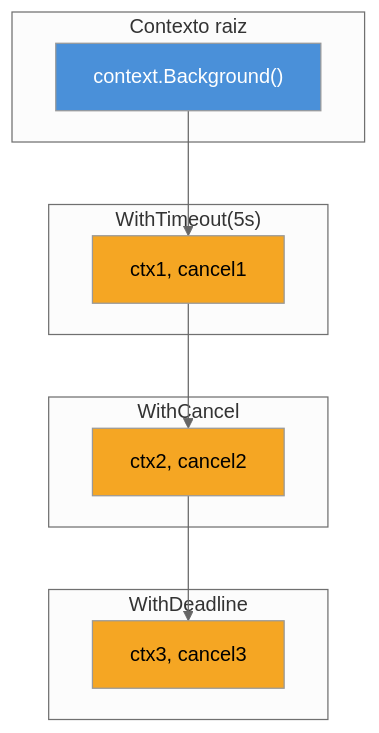
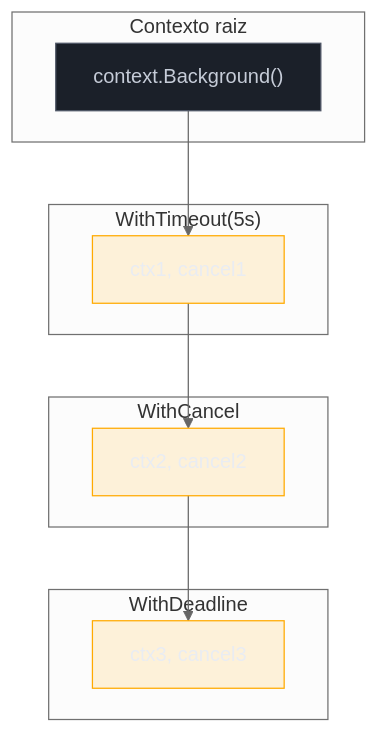
The first of 2 diagrams in 03-Dominios/Tecnologia/Go/09 - Sincronização e context/06 - context.Context — deadline, cancel, values.md (josenaldo/codex-technomanticus), drawn with Mermaid (neutral theme) before and after one commit. The commit also changed 1181 other files, not shown here.

First line of the commit message:
fix(diagramas): paleta do sistema no lugar de cor cravada no markdown

````diff
--- a/03-Dominios/Tecnologia/Go/09 - Sincronização e context/06 - context.Context — deadline, cancel, values.md
+++ b/03-Dominios/Tecnologia/Go/09 - Sincronização e context/06 - context.Context — deadline, cancel, values.md
@@ -36,24 +36,26 @@
 ```mermaid
 flowchart TB
+    classDef neutro fill:#1B2029,stroke:#4E5666,color:#C6CCD8
+    classDef destaque fill:#FFAA0024,stroke:#FFAA00,color:#E9ECF2
     subgraph Raiz["Contexto raiz"]
         R["context.Background()"]
     end
     subgraph Filho1["WithTimeout(5s)"]
         C1["ctx1, cancel1"]
     end
     subgraph Filho2["WithCancel"]
         C2["ctx2, cancel2"]
     end
     subgraph Neto["WithDeadline"]
         N1["ctx3, cancel3"]
     end
 
     R --> C1
     C1 --> C2
     C2 --> N1
 
-    style R fill:#4A90D9,color:#fff
-    style C1 fill:#F5A623,color:#000
-    style C2 fill:#F5A623,color:#000
-    style N1 fill:#F5A623,color:#000
+    class R neutro
+    class C1 destaque
+    class C2 destaque
+    class N1 destaque
 ```
````
